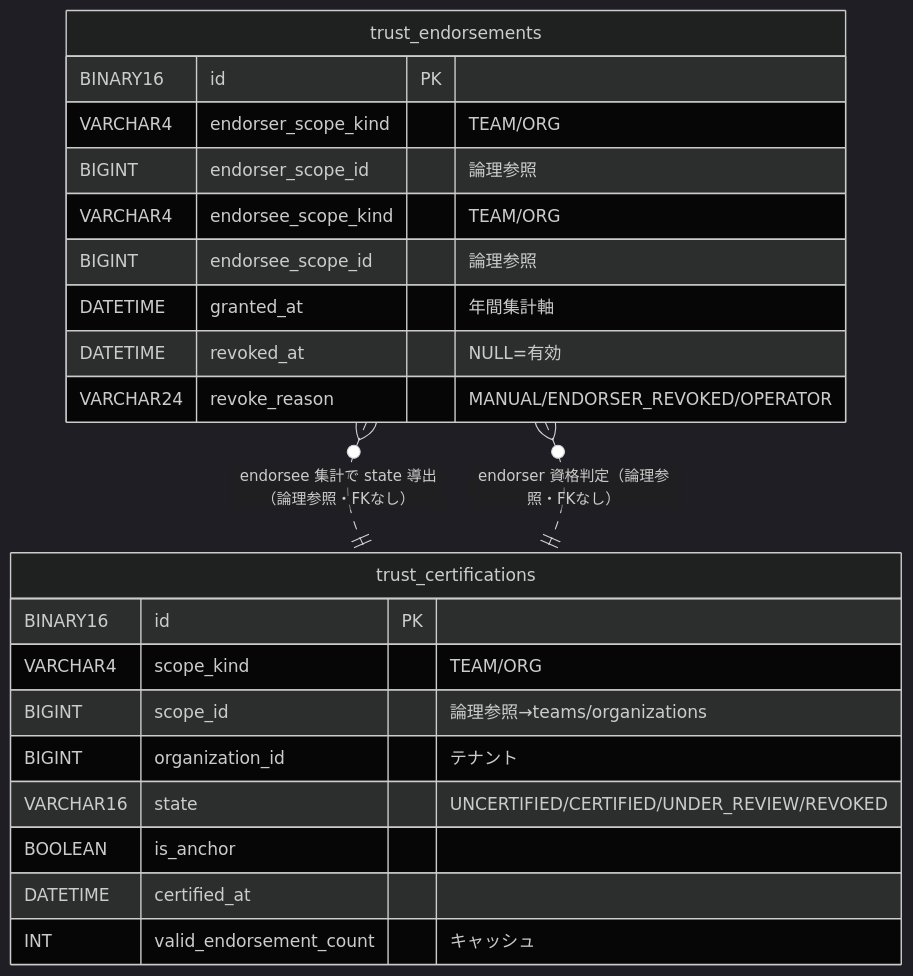
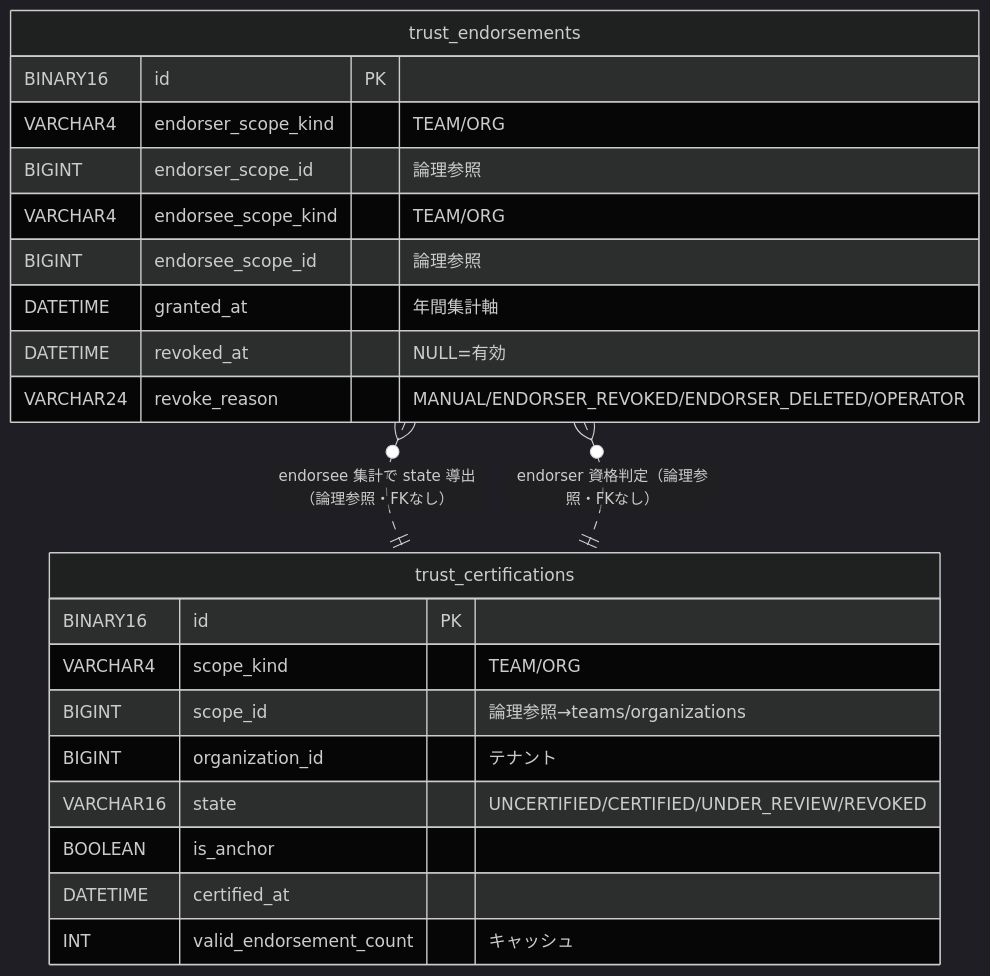
One commit to kenta-0420/mannschaft changed the diagram in docs/features/F20.2_trust_endorsement/01_data_model.md. Above: the diagram before and after it, drawn with Mermaid (dark theme). The commit also changed other lines of this file and 4 other files, not shown here.

````diff
--- a/docs/features/F20.2_trust_endorsement/01_data_model.md
+++ b/docs/features/F20.2_trust_endorsement/01_data_model.md
@@ -289,26 +289,26 @@
 ```mermaid
 erDiagram
     trust_certifications {
         BINARY16 id PK
         VARCHAR4 scope_kind "TEAM/ORG"
         BIGINT scope_id "論理参照→teams/organizations"
         BIGINT organization_id "テナント"
         VARCHAR16 state "UNCERTIFIED/CERTIFIED/UNDER_REVIEW/REVOKED"
         BOOLEAN is_anchor
         DATETIME certified_at
         INT valid_endorsement_count "キャッシュ"
     }
     trust_endorsements {
         BINARY16 id PK
         VARCHAR4 endorser_scope_kind "TEAM/ORG"
         BIGINT endorser_scope_id "論理参照"
         VARCHAR4 endorsee_scope_kind "TEAM/ORG"
         BIGINT endorsee_scope_id "論理参照"
         DATETIME granted_at "年間集計軸"
         DATETIME revoked_at "NULL=有効"
-        VARCHAR24 revoke_reason "MANUAL/ENDORSER_REVOKED/OPERATOR"
+        VARCHAR24 revoke_reason "MANUAL/ENDORSER_REVOKED/ENDORSER_DELETED/OPERATOR"
     }
 
     trust_endorsements }o..|| trust_certifications : "endorsee 集計で state 導出（論理参照・FKなし）"
     trust_endorsements }o..|| trust_certifications : "endorser 資格判定（論理参照・FKなし）"
 ```
````
